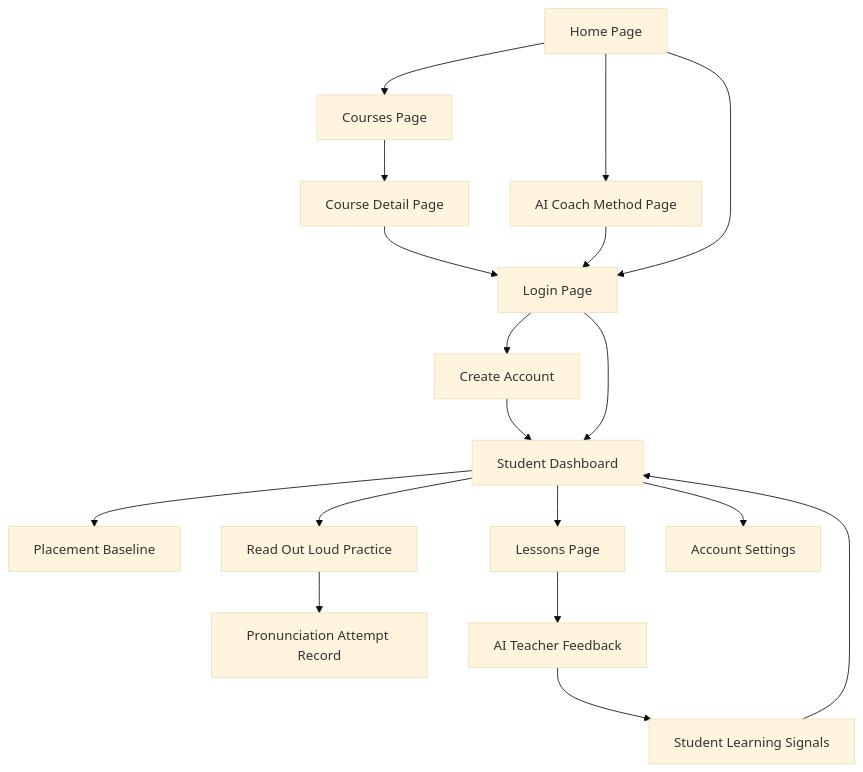
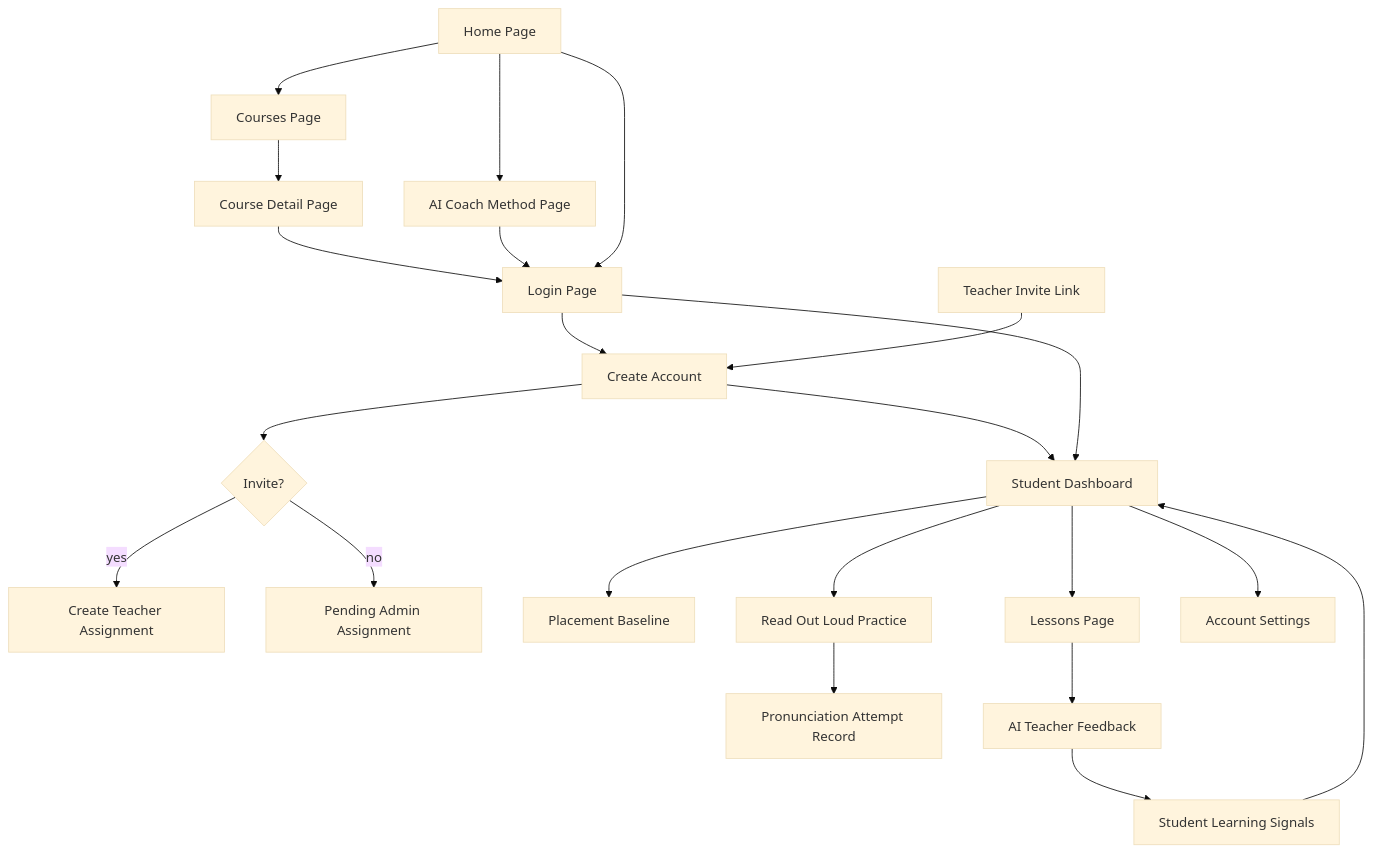
One commit to lvoliveiratec/english_app changed the second of 8 diagrams in architecture/06-diagrams.md. Above: the diagram before and after it, drawn with Mermaid (base theme). The commit also changed other lines of this file and 32 other files, not shown here.

Commit message:
Add teacher assignments and invite flows

````diff
--- a/architecture/06-diagrams.md
+++ b/architecture/06-diagrams.md
@@ -42,20 +43,24 @@
 ```mermaid
 flowchart TD
   Home[Home Page] --> Courses[Courses Page]
   Home --> Method[AI Coach Method Page]
   Courses --> CourseDetail[Course Detail Page]
   CourseDetail --> Login[Login Page]
   Method --> Login
   Home --> Login
   Login --> Signup[Create Account]
+  TeacherInvite[Teacher Invite Link] --> Signup
   Signup --> Dashboard[Student Dashboard]
+  Signup --> Assignment{Invite?}
+  Assignment -->|yes| TeacherAssignment[Create Teacher Assignment]
+  Assignment -->|no| PendingAssignment[Pending Admin Assignment]
   Login --> Dashboard
   Dashboard --> Baseline[Placement Baseline]
   Dashboard --> Pronunciation[Read Out Loud Practice]
   Dashboard --> Lessons[Lessons Page]
   Dashboard --> Account[Account Settings]
   Pronunciation --> Attempt[Pronunciation Attempt Record]
   Lessons --> Feedback[AI Teacher Feedback]
   Feedback --> Memory[Student Learning Signals]
   Memory --> Dashboard
 ```
````
